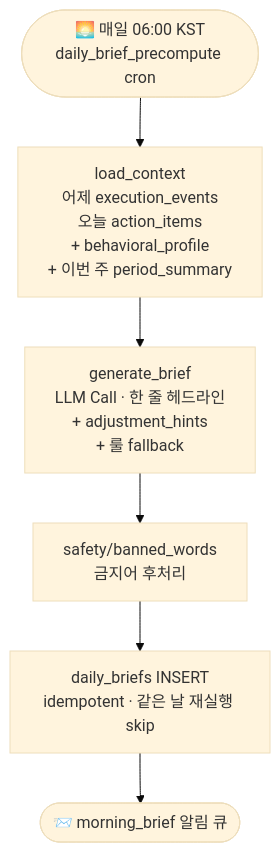
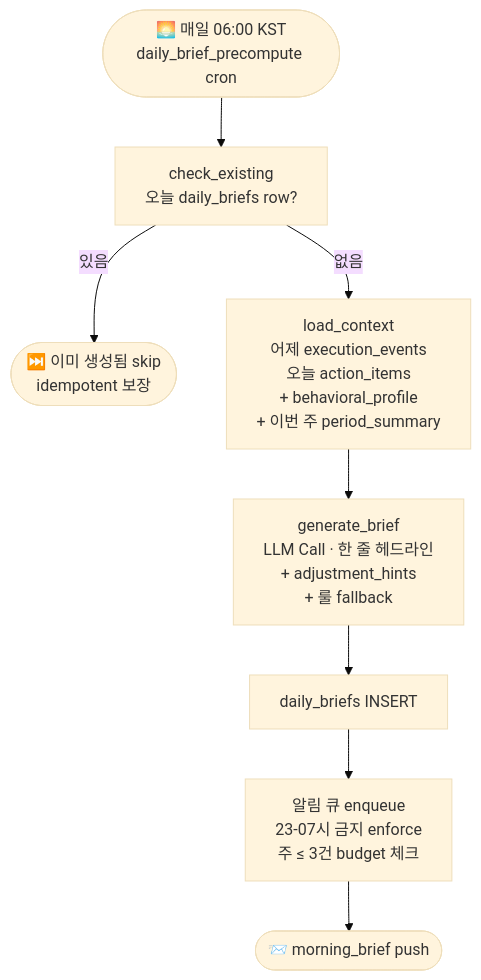
Before and after one commit to hanium-reaction/reaction-backend: the fourth of 7 diagrams in docs/decisions/0005-agentic-architecture-mvp.md, drawn with Mermaid (base theme). The commit also changed other lines of this file, not shown here.

````diff
--- a/docs/decisions/0005-agentic-architecture-mvp.md
+++ b/docs/decisions/0005-agentic-architecture-mvp.md
@@ -383,8 +429,10 @@
 ```mermaid
 flowchart TD
-  Start([🌅 매일 06:00 KST<br/>daily_brief_precompute cron]) --> Load[load_context<br/>어제 execution_events<br/>오늘 action_items<br/>+ behavioral_profile<br/>+ 이번 주 period_summary]
+  Start([🌅 매일 06:00 KST<br/>daily_brief_precompute cron]) --> Check[check_existing<br/>오늘 daily_briefs row?]
+  Check -->|있음| Skip([⏭️ 이미 생성됨 skip<br/>idempotent 보장])
+  Check -->|없음| Load[load_context<br/>어제 execution_events<br/>오늘 action_items<br/>+ behavioral_profile<br/>+ 이번 주 period_summary]
   Load --> LLM[generate_brief<br/>LLM Call · 한 줄 헤드라인<br/>+ adjustment_hints<br/>+ 룰 fallback]
-  LLM --> Filter[safety/banned_words<br/>금지어 후처리]
-  Filter --> Save[daily_briefs INSERT<br/>idempotent · 같은 날 재실행 skip]
-  Save --> End([📨 morning_brief 알림 큐])
+  LLM --> Save[daily_briefs INSERT]
+  Save --> Enqueue[알림 큐 enqueue<br/>23-07시 금지 enforce<br/>주 ≤ 3건 budget 체크]
+  Enqueue --> End([📨 morning_brief push])
 ```
````
